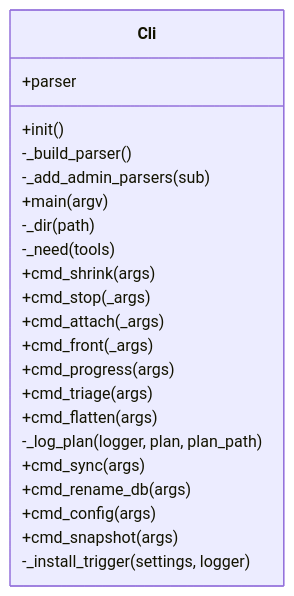
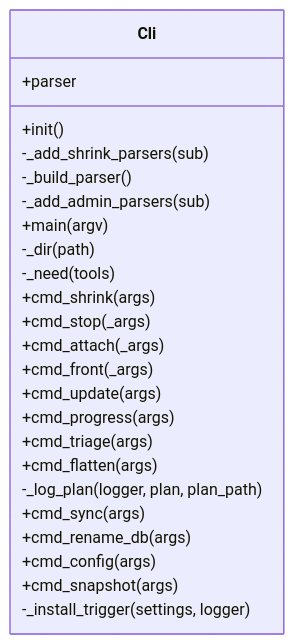
One commit to peddanet/mediatools changed the diagram in docs/img/uml_cli.mmd. Above: the diagram before and after it, drawn with Mermaid. The commit also changed 31 other files, not shown here.

```diff
--- a/docs/img/uml_cli.mmd
+++ b/docs/img/uml_cli.mmd
@@ -1,24 +1,26 @@
 classDiagram
   direction LR
   class Cli {
     +parser
     +init()
+    -_add_shrink_parsers(sub)
     -_build_parser()
     -_add_admin_parsers(sub)
     +main(argv)
     -_dir(path)
     -_need(tools)
     +cmd_shrink(args)
     +cmd_stop(_args)
     +cmd_attach(_args)
     +cmd_front(_args)
+    +cmd_update(args)
     +cmd_progress(args)
     +cmd_triage(args)
     +cmd_flatten(args)
     -_log_plan(logger, plan, plan_path)
     +cmd_sync(args)
     +cmd_rename_db(args)
     +cmd_config(args)
     +cmd_snapshot(args)
     -_install_trigger(settings, logger)
   }
```
